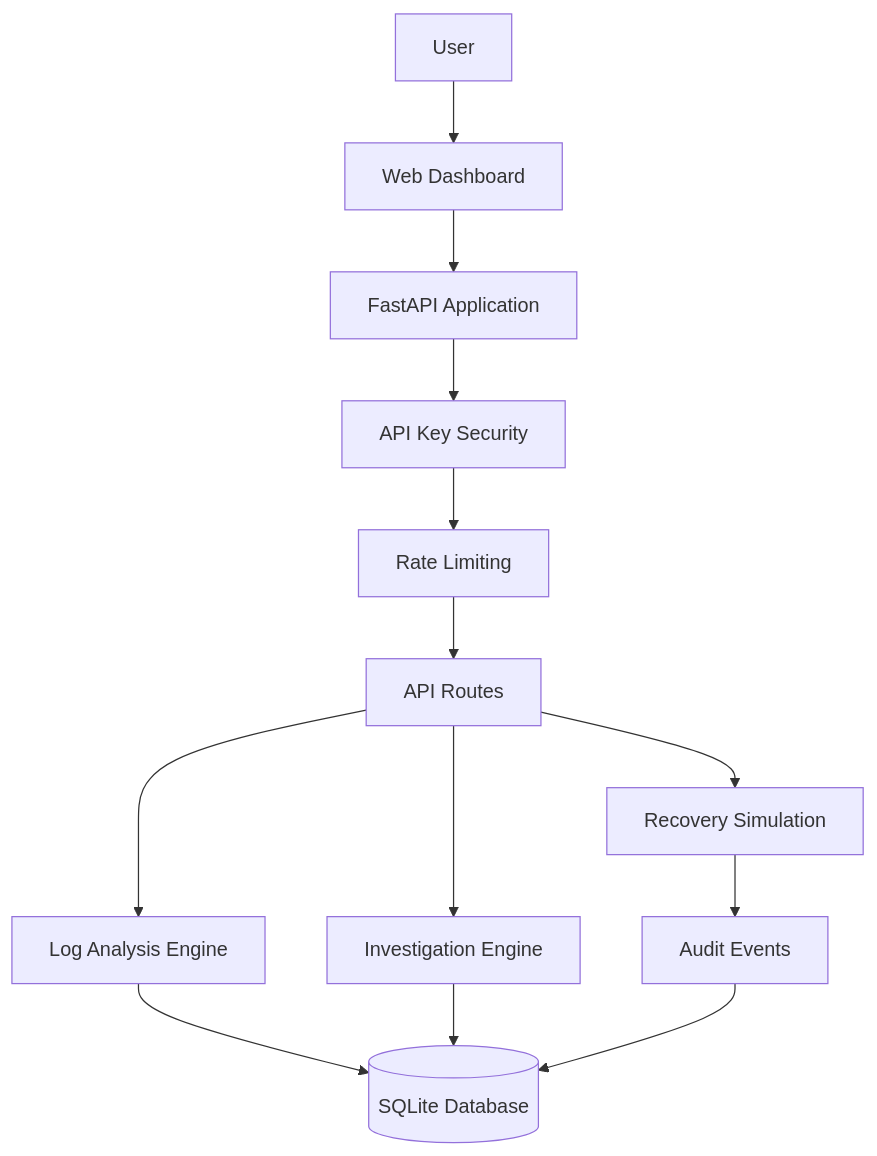
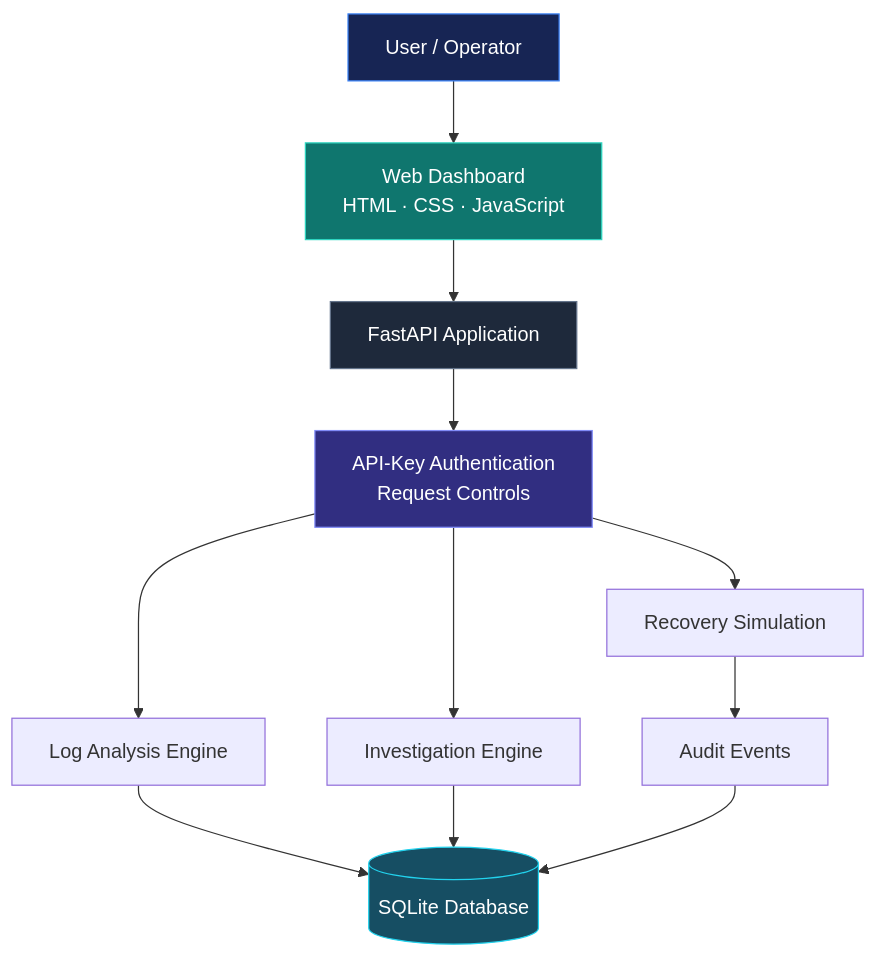
One commit to akankshad1712/aegis-ai changed the first of 2 diagrams in README.md. Above: the diagram before and after it, drawn with Mermaid. The commit also changed other lines of this file, not shown here.

````diff
--- a/README.md
+++ b/README.md
@@ -122,15 +147,30 @@
 ```mermaid
-flowchart TD
-    U["User"] --> UI["Web Dashboard"]
-    UI --> API["FastAPI Application"]
-    API --> SEC["API Key Security"]
-    SEC --> RATE["Rate Limiting"]
-    RATE --> ROUTES["API Routes"]
-    ROUTES --> LOGS["Log Analysis Engine"]
-    ROUTES --> ENGINE["Investigation Engine"]
-    ROUTES --> ACTIONS["Recovery Simulation"]
-    LOGS --> DB[("SQLite Database")]
-    ENGINE --> DB
-    ACTIONS --> AUDIT["Audit Events"]
-    AUDIT --> DB
+flowchart TB
+    USER["User / Operator"]
+    UI["Web Dashboard<br/>HTML · CSS · JavaScript"]
+    API["FastAPI Application"]
+    AUTH["API-Key Authentication<br/>Request Controls"]
+    LOG["Log Analysis Engine"]
+    INV["Investigation Engine"]
+    ACT["Recovery Simulation"]
+    AUD["Audit Events"]
+    DB[("SQLite Database")]
+
+    USER --> UI
+    UI --> API
+    API --> AUTH
+    AUTH --> LOG
+    AUTH --> INV
+    AUTH --> ACT
+
+    LOG --> DB
+    INV --> DB
+    ACT --> AUD
+    AUD --> DB
+
+    style USER fill:#172554,color:#ffffff,stroke:#3b82f6
+    style UI fill:#0f766e,color:#ffffff,stroke:#2dd4bf
+    style API fill:#1e293b,color:#ffffff,stroke:#64748b
+    style AUTH fill:#312e81,color:#ffffff,stroke:#818cf8
+    style DB fill:#164e63,color:#ffffff,stroke:#22d3ee
 ```
````
